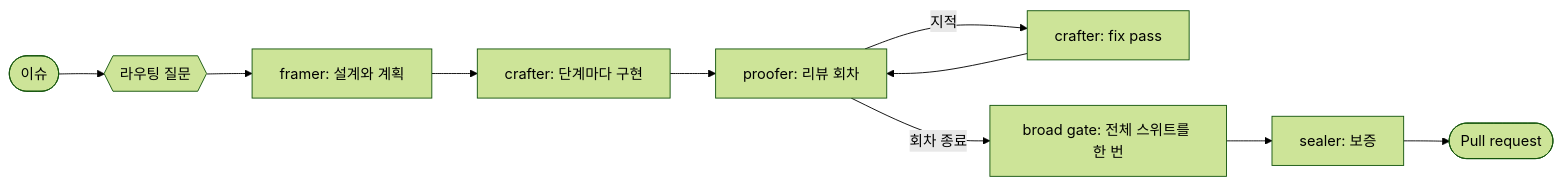
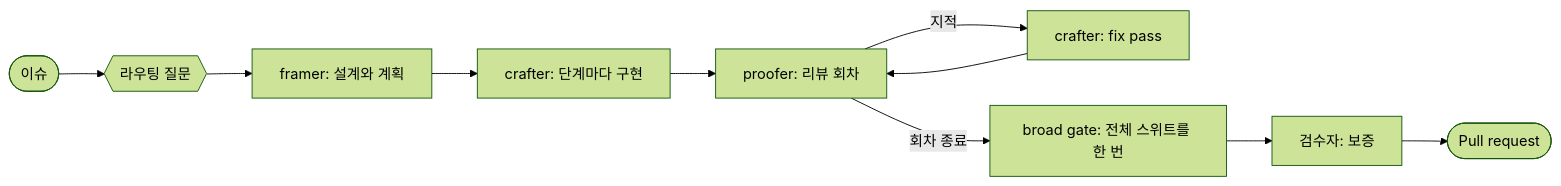
The diagram in README.ko.md (MichaelYcJo/AgenticSeal), drawn with Mermaid (forest theme) before and after one commit. The commit also changed other lines of this file and 163 other files, not shown here.

````diff
--- a/README.ko.md
+++ b/README.ko.md
@@ -32,12 +32,12 @@
 ```mermaid
 flowchart LR
     issue([이슈]) --> routing{{라우팅 질문}}
     routing --> framer[framer: 설계와 계획]
     framer --> crafter[crafter: 단계마다 구현]
     crafter --> proofer[proofer: 리뷰 회차]
     proofer -- 지적 --> fix[crafter: fix pass]
     fix --> proofer
     proofer -- 회차 종료 --> gate[broad gate: 전체 스위트를 한 번]
-    gate --> sealer[sealer: 보증]
-    sealer --> pr([Pull request])
+    gate --> inspector[검수자: 보증]
+    inspector --> pr([Pull request])
 ```
````
